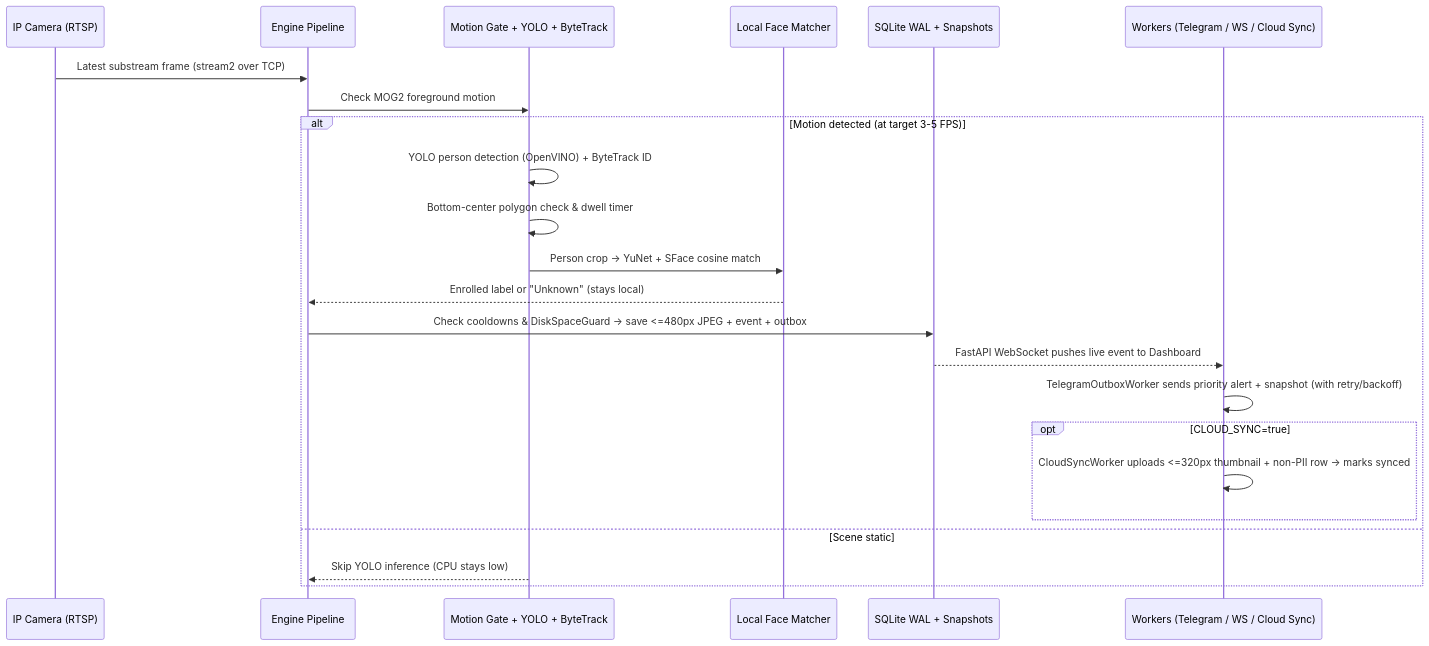
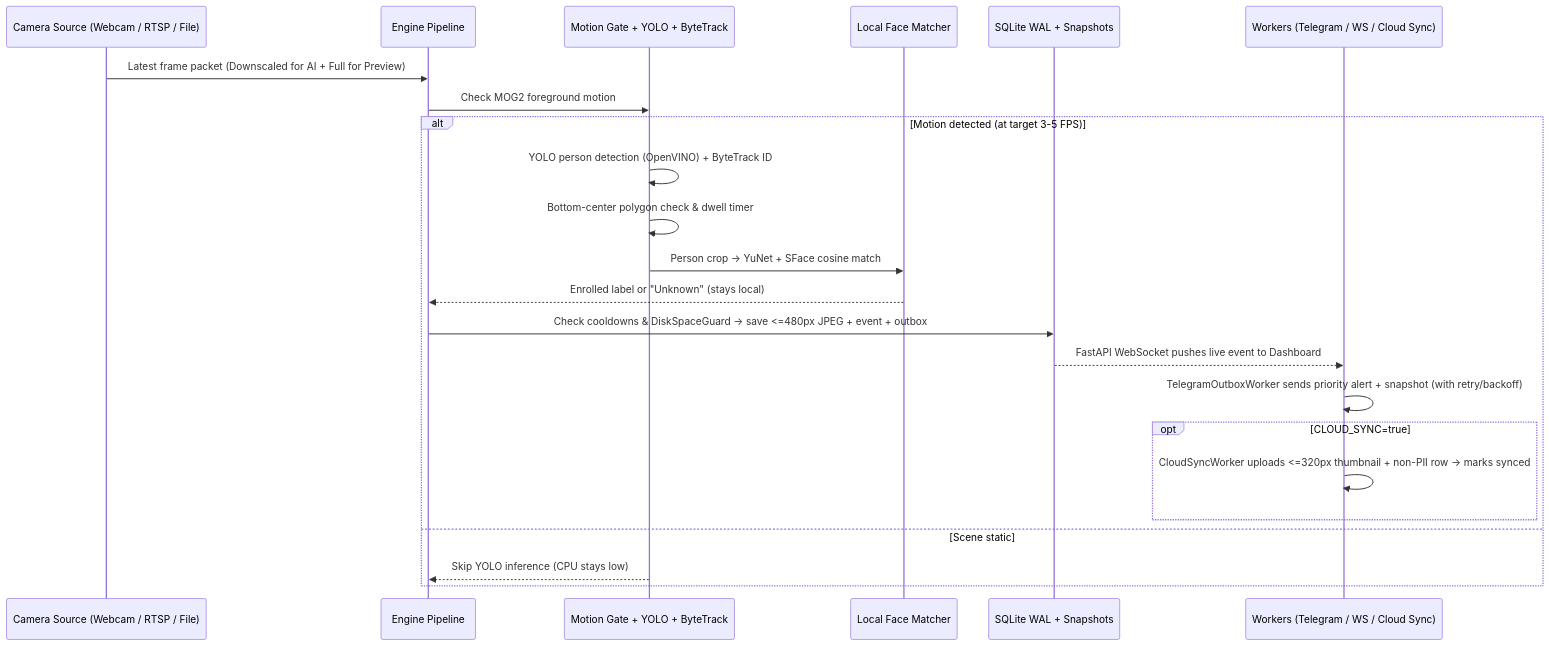
Before and after one commit to Vignesh-SVK24/AI-vision-Camera: the second of 2 diagrams in README.md, drawn with Mermaid. The commit also changed other lines of this file and 1 other file, not shown here.

````diff
--- a/README.md
+++ b/README.md
@@ -39,26 +38,26 @@
 ```mermaid
 sequenceDiagram
-    participant C as IP Camera (RTSP)
+    participant C as Camera Source (Webcam / RTSP / File)
     participant E as Engine Pipeline
     participant M as Motion Gate + YOLO + ByteTrack
     participant F as Local Face Matcher
     participant D as SQLite WAL + Snapshots
     participant W as Workers (Telegram / WS / Cloud Sync)
 
-    C->>E: Latest substream frame (stream2 over TCP)
+    C->>E: Latest frame packet (Downscaled for AI + Full for Preview)
     E->>M: Check MOG2 foreground motion
     alt Motion detected (at target 3-5 FPS)
         M->>M: YOLO person detection (OpenVINO) + ByteTrack ID
         M->>M: Bottom-center polygon check & dwell timer
         M->>F: Person crop -> YuNet + SFace cosine match
         F-->>E: Enrolled label or "Unknown" (stays local)
         E->>D: Check cooldowns & DiskSpaceGuard -> save <=480px JPEG + event + outbox
         D-->>W: FastAPI WebSocket pushes live event to Dashboard
         W->>W: TelegramOutboxWorker sends priority alert + snapshot (with retry/backoff)
         opt CLOUD_SYNC=true
             W->>W: CloudSyncWorker uploads <=320px thumbnail + non-PII row -> marks synced
         end
     else Scene static
         M-->>E: Skip YOLO inference (CPU stays low)
     end
 ```
````
